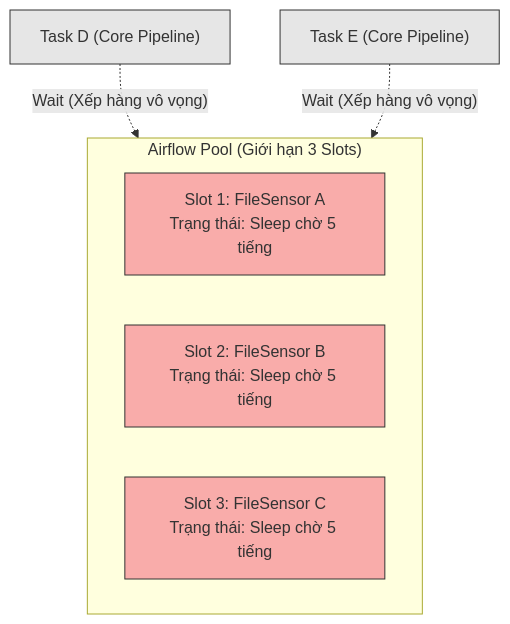
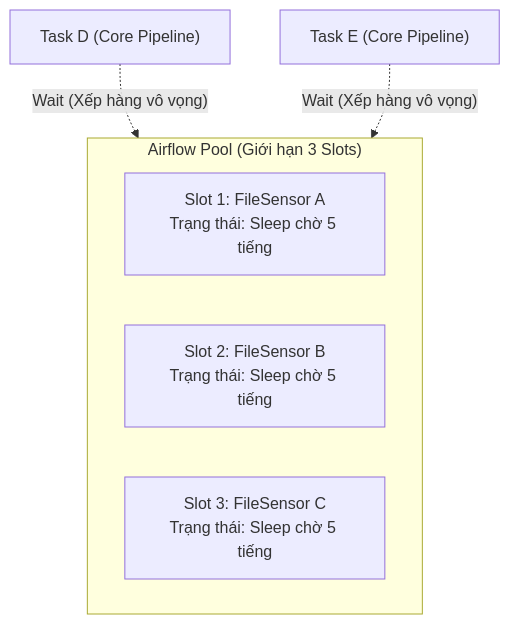
The second of 2 diagrams in src/content/docs/concepts/7-dataops-orchestration-quality/airflow-zombie-tasks.md (kythuatdulieu/kythuatdulieu.github.io), drawn with Mermaid before and after one commit. The commit also changed 682 other files, not shown here.

````diff
--- a/src/content/docs/concepts/7-dataops-orchestration-quality/airflow-zombie-tasks.md
+++ b/src/content/docs/concepts/7-dataops-orchestration-quality/airflow-zombie-tasks.md
@@ -140,17 +140,16 @@
 ```mermaid
 flowchart TD
     subgraph Pool["Airflow Pool (Giới hạn 3 Slots)"]
         S1["Slot 1: FileSensor A<br/>Trạng thái: Sleep chờ 5 tiếng"]
         S2["Slot 2: FileSensor B<br/>Trạng thái: Sleep chờ 5 tiếng"]
         S3["Slot 3: FileSensor C<br/>Trạng thái: Sleep chờ 5 tiếng"]
     end
 
     T1["Task D (Core Pipeline)"] -.->|"Wait (Xếp hàng vô vọng)"| Pool
     T2["Task E (Core Pipeline)"] -.->|"Wait (Xếp hàng vô vọng)"| Pool
-    
-    style S1 fill:#f9acaa,stroke:#333
-    style S2 fill:#f9acaa,stroke:#333
-    style S3 fill:#f9acaa,stroke:#333
-    style T1 fill:#e6e6e6,stroke:#333
-    style T2 fill:#e6e6e6,stroke:#333
+
+
+
+
+
 ```
````
